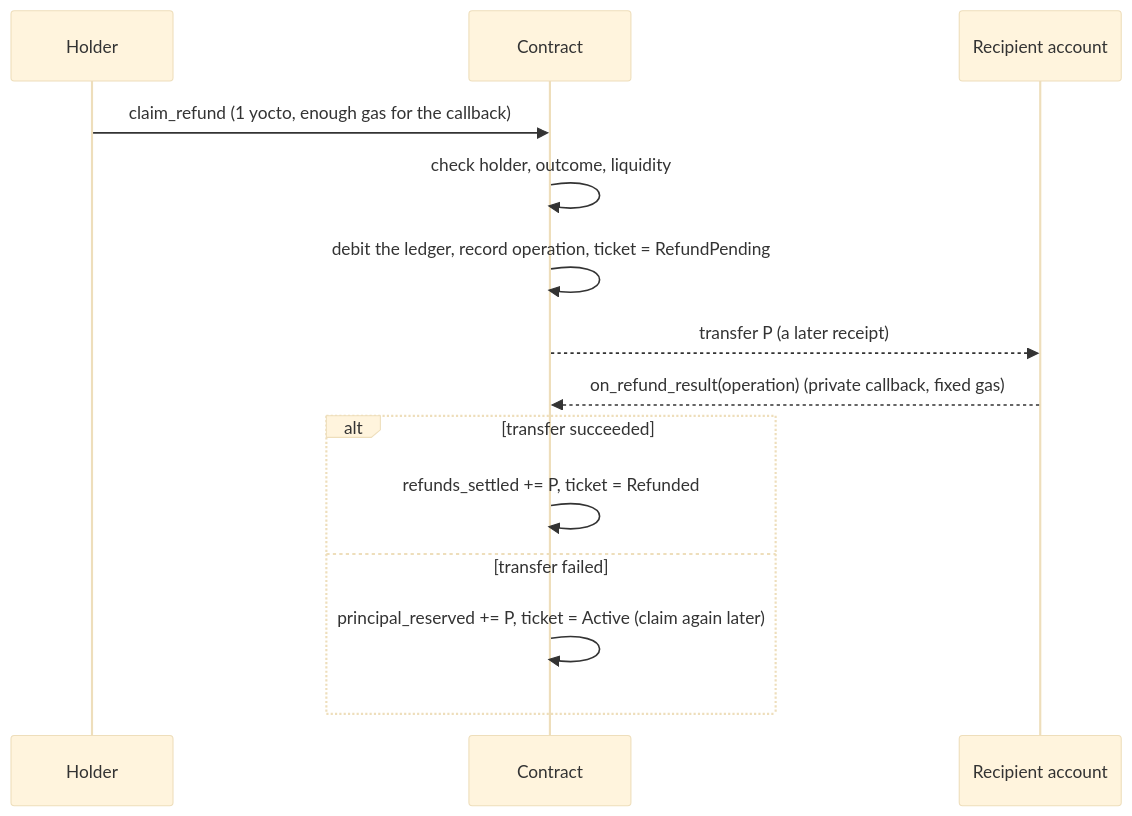
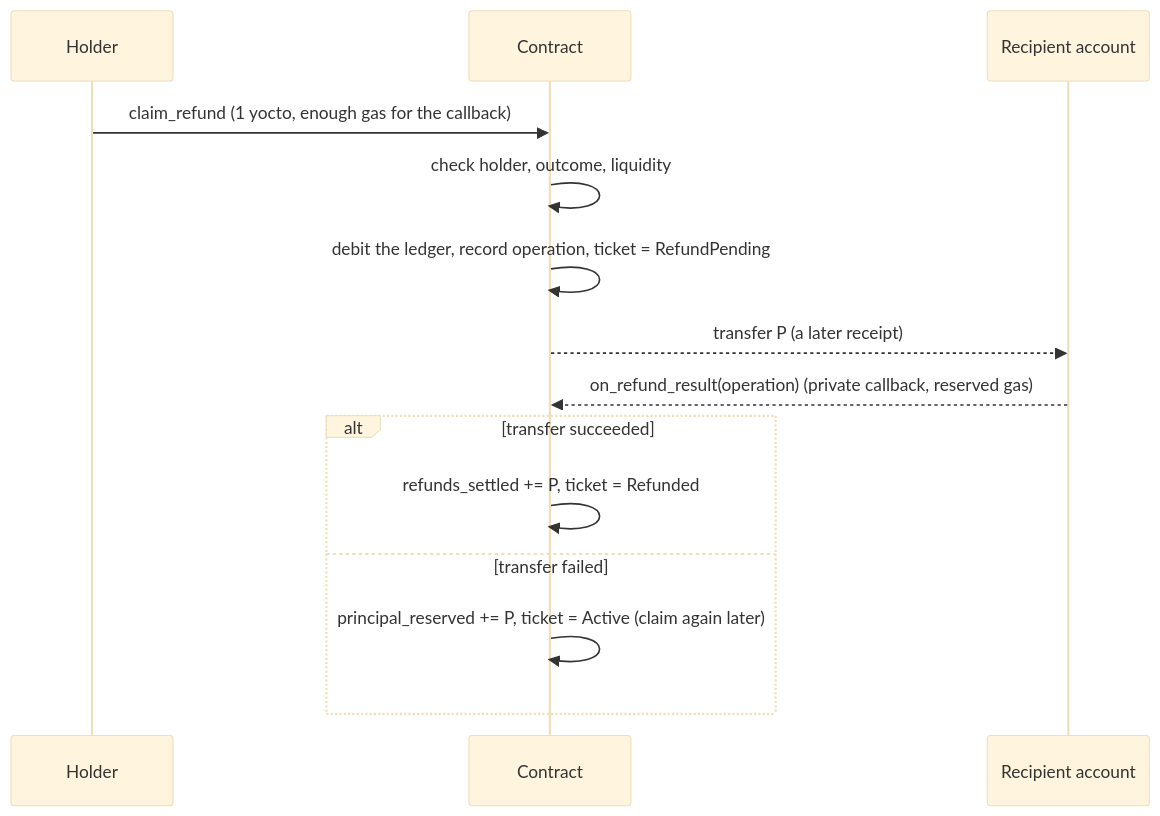
One commit to Walter102202/tixpact changed the second of 2 diagrams in docs/design.md. Above: the diagram before and after it, drawn with Mermaid (base theme). The commit also changed other lines of this file and 1 other file, not shown here.

Commit message:
docs: the settlement callbacks share the unused gas (third ruling)

````diff
--- a/docs/design.md
+++ b/docs/design.md
@@ -99,16 +99,16 @@
 ```mermaid
 sequenceDiagram
     participant H as Holder
     participant C as Contract
     participant A as Recipient account
     H->>C: claim_refund (1 yocto, enough gas for the callback)
     C->>C: check holder, outcome, liquidity
     C->>C: debit the ledger, record operation, ticket = RefundPending
     C-->>A: transfer P (a later receipt)
-    A-->>C: on_refund_result(operation) (private callback, fixed gas)
+    A-->>C: on_refund_result(operation) (private callback, reserved gas)
     alt transfer succeeded
         C->>C: refunds_settled += P, ticket = Refunded
     else transfer failed
         C->>C: principal_reserved += P, ticket = Active (claim again later)
     end
 ```
````
